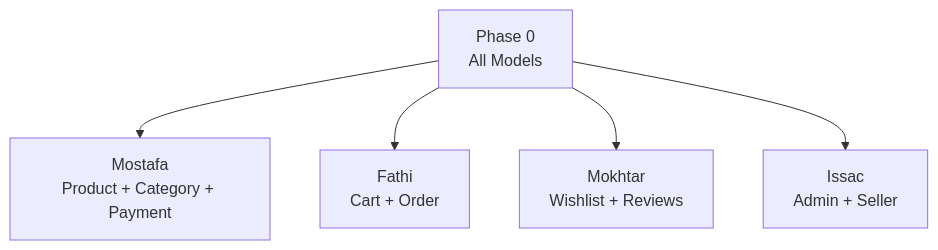
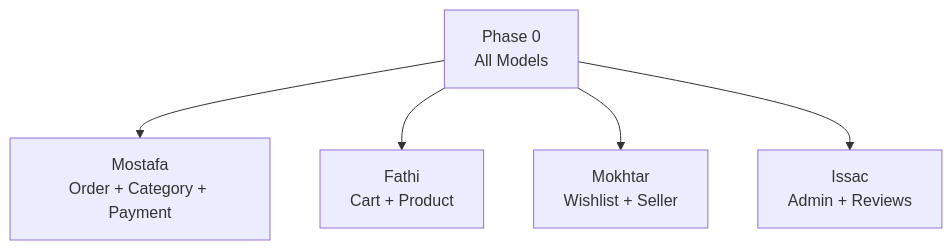
Before and after one commit to mostafamerzk/E-Commerce-Node-ITI: the diagram in docs/tasks.md, drawn with Mermaid. The commit also changed other lines of this file and 7 other files, not shown here.

````diff
--- a/docs/tasks.md
+++ b/docs/tasks.md
@@ -225,7 +225,7 @@
 ```mermaid
 graph TD
-    P0["Phase 0<br>All Models"] --> M["Mostafa<br>Product + Category + Payment"]
-    P0 --> F["Fathi<br>Cart + Order"]
-    P0 --> MK["Mokhtar<br>Wishlist + Reviews"]
-    P0 --> I["Issac<br>Admin + Seller"]
+    P0["Phase 0<br>All Models"] --> M["Mostafa<br>Order + Category + Payment"]
+    P0 --> F["Fathi<br>Cart + Product"]
+    P0 --> MK["Mokhtar<br>Wishlist + Seller"]
+    P0 --> I["Issac<br>Admin + Reviews"]
 ```
````
